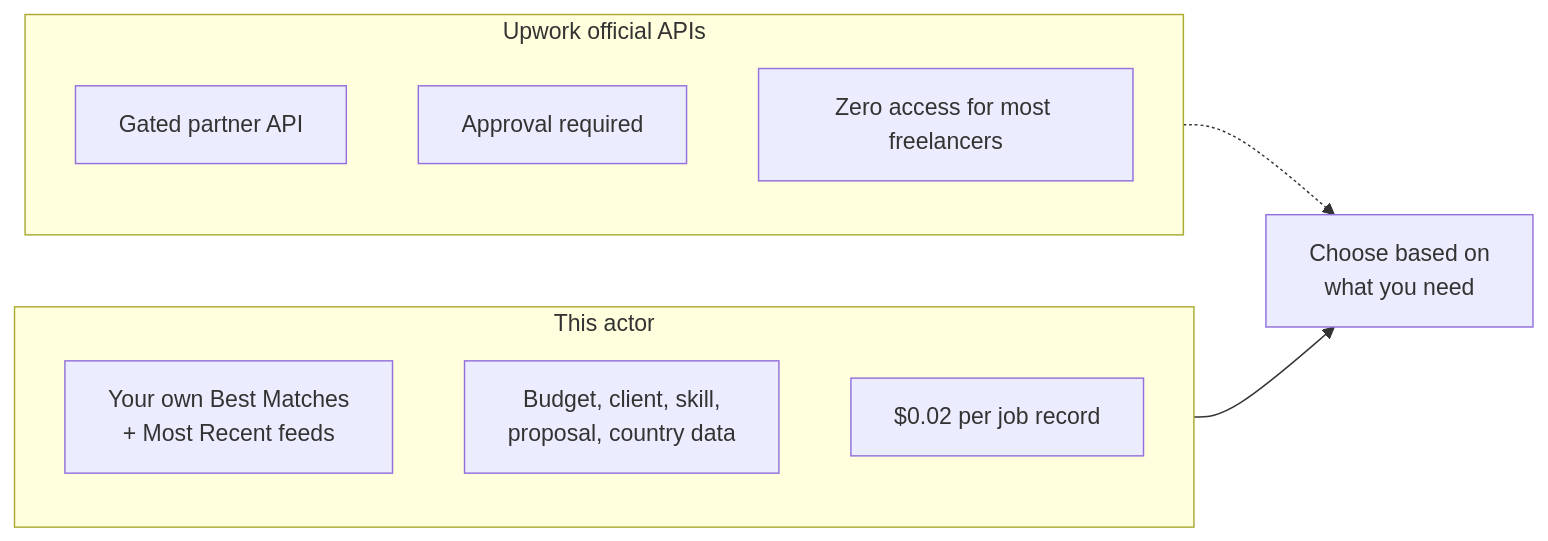
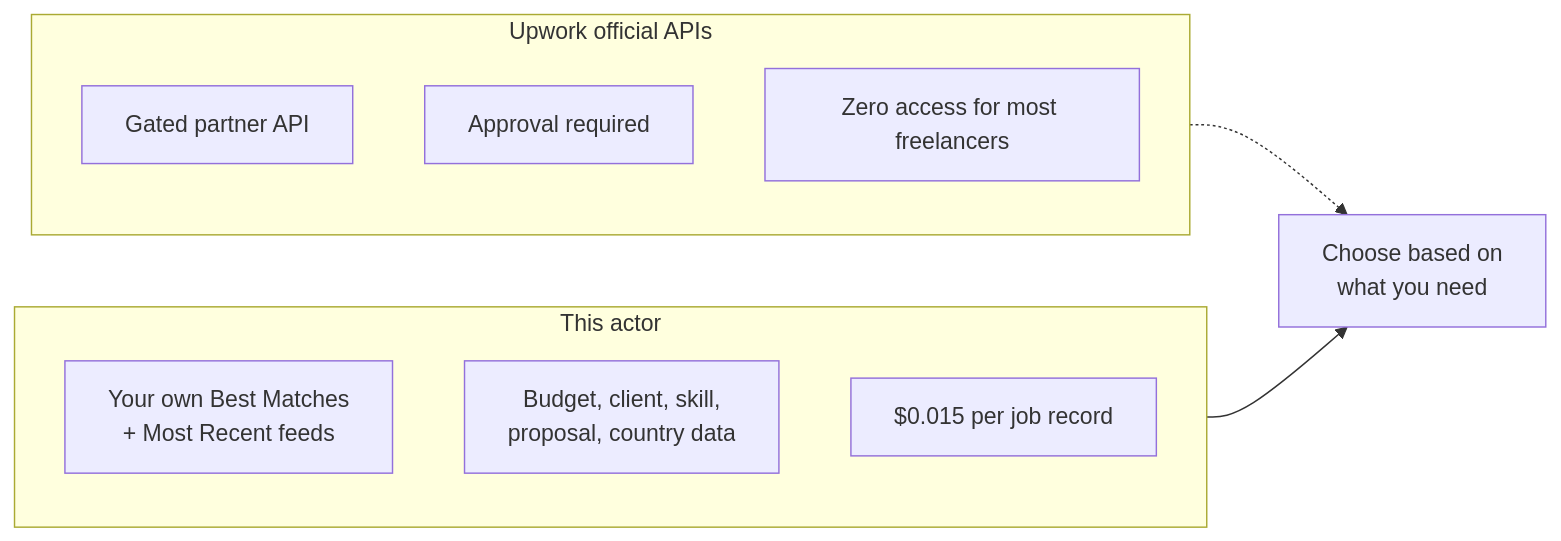
Before and after one commit to Ken-Mutisya/scrapemint: the third of 7 diagrams in actors/upwork-opportunity-alert/README.md, drawn with Mermaid. The commit also changed other lines of this file and 23 other files, not shown here.

````diff
--- a/actors/upwork-opportunity-alert/README.md
+++ b/actors/upwork-opportunity-alert/README.md
@@ -50,15 +50,15 @@
 ```mermaid
 flowchart LR
     subgraph Official[Upwork official APIs]
         A1[Gated partner API]
         A2[Approval required]
         A3[Zero access for most freelancers]
     end
     subgraph Actor[This actor]
         B1[Your own Best Matches<br/>+ Most Recent feeds]
         B2[Budget, client, skill,<br/>proposal, country data]
-        B3[$0.02 per job record]
+        B3[$0.015 per job record]
     end
     Official -.-> X[Choose based on<br/>what you need]
     Actor --> X
 ```
````
